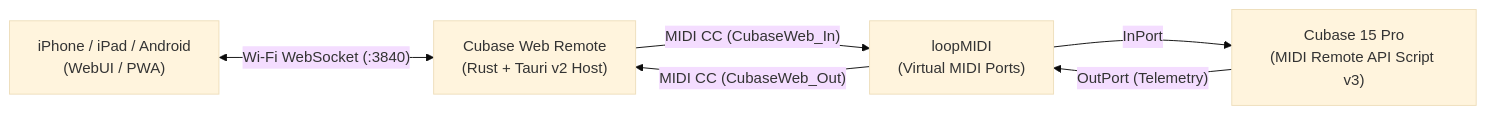
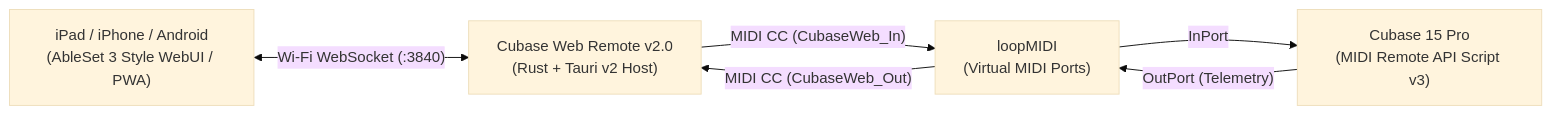
One commit to itgkj0x/Cubase-Web-Remote changed the diagram in README.md. Above: the diagram before and after it, drawn with Mermaid (base theme). The commit also changed other lines of this file and 14 other files, not shown here.

Commit message:
feat: AbleSet 3 style UI/UX redesign & iPad optimizations (v2.0.0)

````diff
--- a/README.md
+++ b/README.md
@@ -38,8 +50,8 @@
 ```mermaid
 flowchart LR
-    Mobile["iPhone / iPad / Android<br/>(WebUI / PWA)"] <-->|"Wi-Fi WebSocket (:3840)"| RustApp["Cubase Web Remote<br/>(Rust + Tauri v2 Host)"]
+    iPad["iPad / iPhone / Android<br/>(AbleSet 3 Style WebUI / PWA)"] <-->|"Wi-Fi WebSocket (:3840)"| RustApp["Cubase Web Remote v2.0<br/>(Rust + Tauri v2 Host)"]
     RustApp -->|"MIDI CC (CubaseWeb_In)"| LoopMIDI["loopMIDI<br/>(Virtual MIDI Ports)"]
     LoopMIDI -->|"InPort"| Cubase["Cubase 15 Pro<br/>(MIDI Remote API Script v3)"]
     Cubase -->|"OutPort (Telemetry)"| LoopMIDI
     LoopMIDI -->|"MIDI CC (CubaseWeb_Out)"| RustApp
 ```
````
